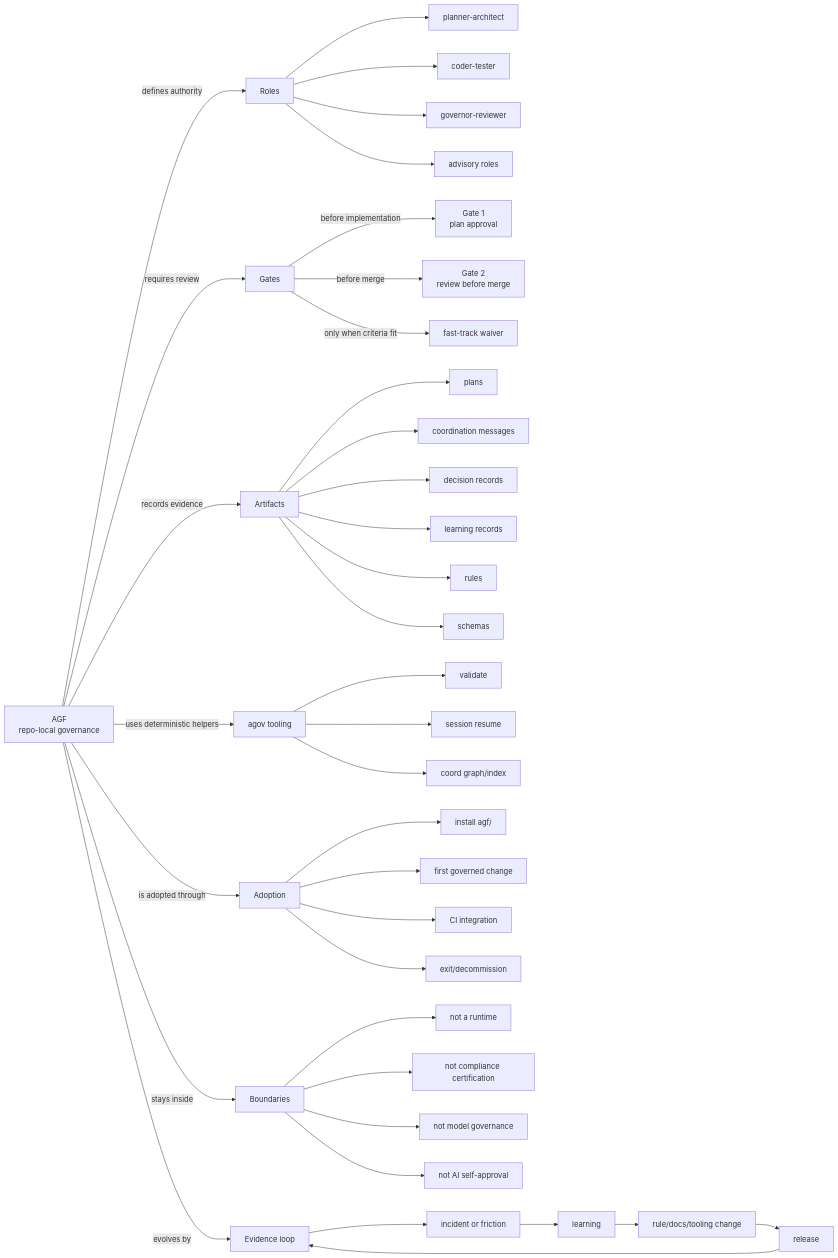
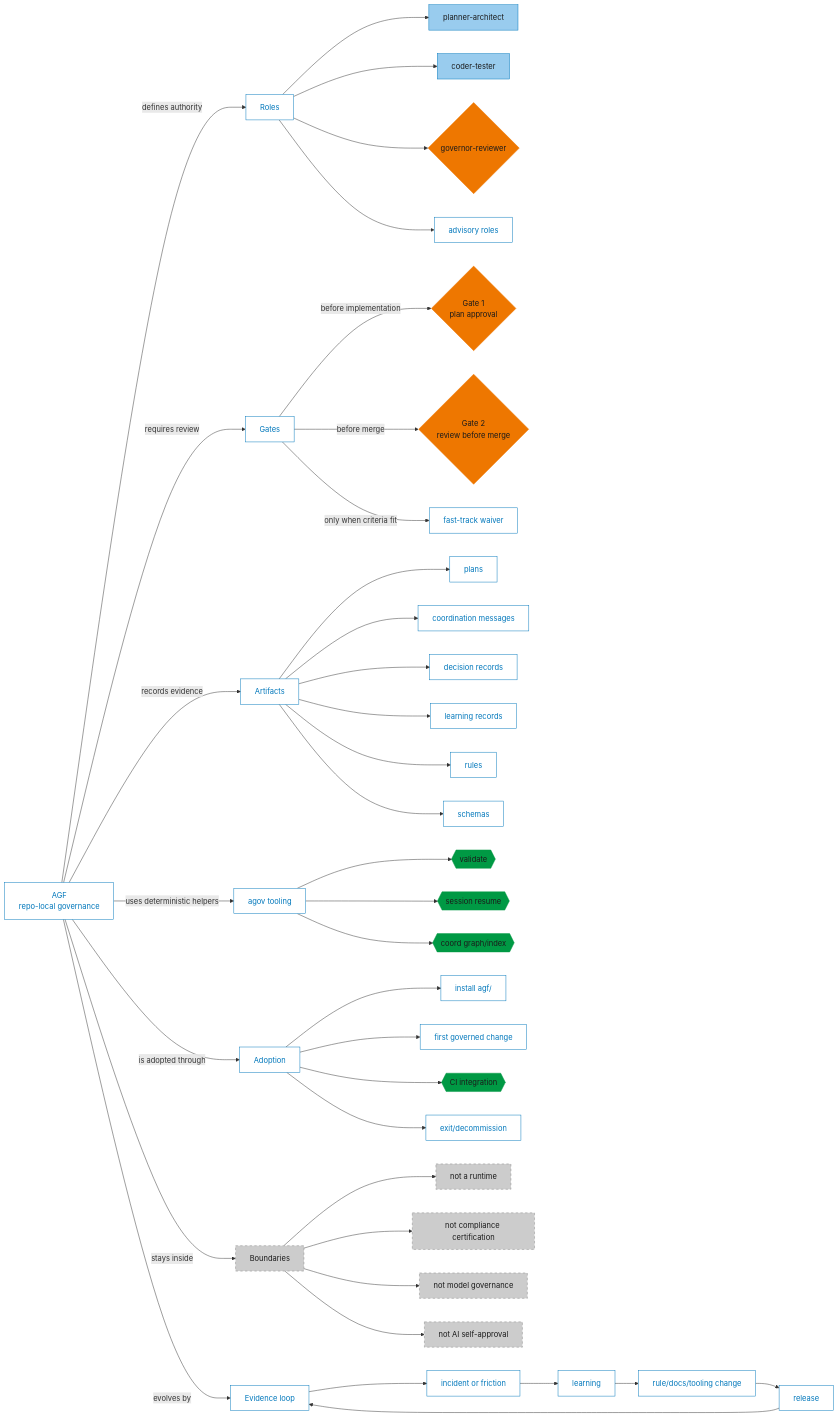
Before and after one commit to janipaijanen/agf-mirror: the diagram in agf/docs/site/docs/start/framework-map.md, drawn with Mermaid. The commit also changed other lines of this file and 3 other files, not shown here.

Commit message:
feat: apply semantic responsibility palette to Class 4 Mermaid diagrams

````diff
--- a/agf/docs/site/docs/start/framework-map.md
+++ b/agf/docs/site/docs/start/framework-map.md
@@ -13,16 +13,22 @@
 ```mermaid
 flowchart LR
+    classDef aiAction fill:#99CCEE,stroke:#0077BB,color:#1A1A1A
+    classDef humanDecision fill:#EE7700,stroke:#EE7700,color:#1A1A1A
+    classDef automatedCheck fill:#009944,stroke:#009944,color:#1A1A1A
+    classDef sharedConcept fill:#ffffff,stroke:#0077BB,color:#0077BB
+    classDef referenceContent fill:#CCCCCC,stroke:#888888,color:#1A1A1A,stroke-dasharray:5 5
+
     AGF["AGF<br/>repo-local governance"]
 
     ROLES["Roles"]
     PA["planner-architect"]
     CT["coder-tester"]
-    GR["governor-reviewer"]
+    GR{"governor-reviewer"}
     ADV["advisory roles"]
 
     GATES["Gates"]
-    G1["Gate 1<br/>plan approval"]
-    G2["Gate 2<br/>review before merge"]
+    G1{"Gate 1<br/>plan approval"}
+    G2{"Gate 2<br/>review before merge"}
     FAST["fast-track waiver"]
 
     ART["Artifacts"]
@@ -34,14 +40,14 @@
     SCHEMAS["schemas"]
 
     TOOL["agov tooling"]
-    VALIDATE["validate"]
-    RESUME["session resume"]
-    GRAPH["coord graph/index"]
+    VALIDATE{{"validate"}}
+    RESUME{{"session resume"}}
+    GRAPH{{"coord graph/index"}}
 
     ADOPT["Adoption"]
     INSTALL["install agf/"]
     FIRST["first governed change"]
-    CI["CI integration"]
+    CI{{"CI integration"}}
     EXIT["exit/decommission"]
 
     BOUND["Boundaries"]
@@ -99,4 +105,11 @@
     REC --> CHANGE
     CHANGE --> RELEASE
     RELEASE --> EVID
+
+    class PA,CT aiAction
+    class GR humanDecision
+    class G1,G2 humanDecision
+    class VALIDATE,RESUME,GRAPH,CI automatedCheck
+    class AGF,ROLES,ADV,GATES,FAST,ART,PLANS,COORD,DEC,LEARN,RULES,SCHEMAS,TOOL,ADOPT,INSTALL,FIRST,EXIT,EVID,INCIDENT,REC,CHANGE,RELEASE sharedConcept
+    class BOUND,NORUNTIME,NOCOMP,NOMODEL,NOSELF referenceContent
 ```
````
